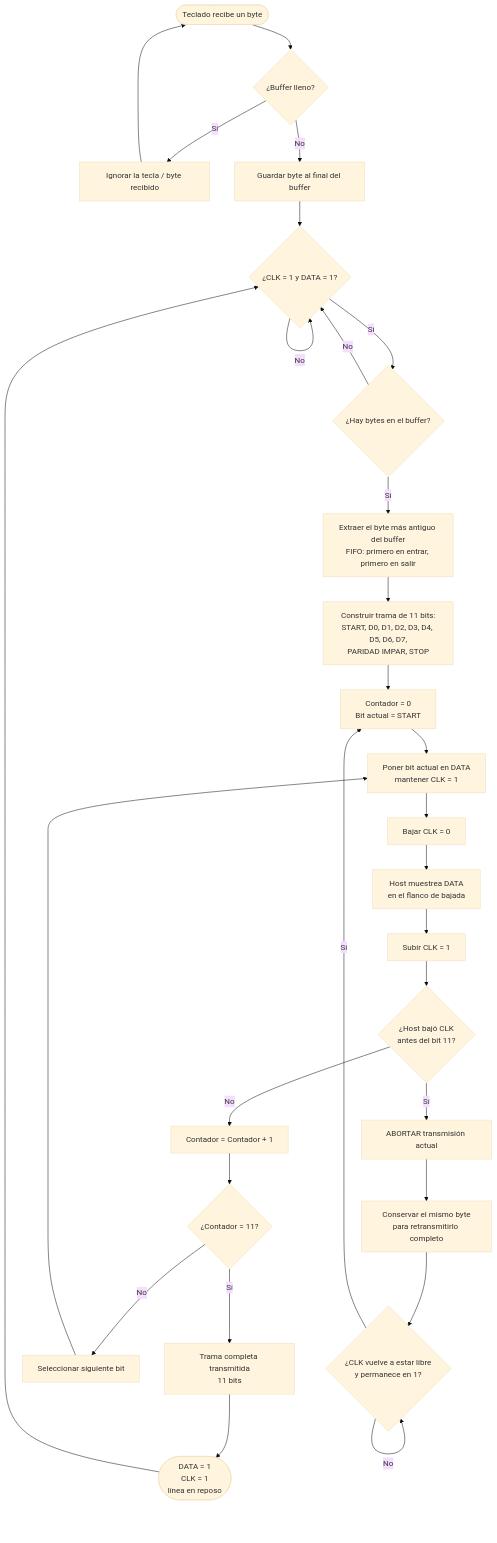
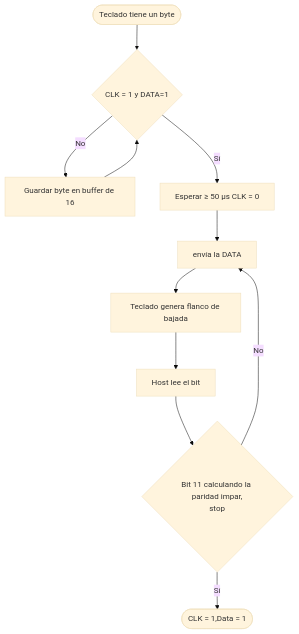
The first of 2 diagrams in diagramas/Diagramas.md (KUBIX2026/PS2_keyboard), drawn with Mermaid (base theme) before and after one commit.

````diff
--- a/diagramas/Diagramas.md
+++ b/diagramas/Diagramas.md
@@ -3,31 +3,13 @@
 ```mermaid
 flowchart
-    A([Teclado recibe un byte]) --> B{¿Buffer lleno?}
-    B -- Sí --> C[Ignorar la tecla / byte recibido]
-    C --> A
-    B -- No --> D[Guardar byte al final del buffer]
-    D --> E{¿CLK = 1 y DATA = 1?}
-    E -- No --> E
-    E -- Sí --> F{¿Hay bytes en el buffer?}
-    F -- No --> E
-    F -- Sí --> G[Extraer el byte más antiguo del buffer<br/>FIFO: primero en entrar, primero en salir]
-    G --> H[Construir trama de 11 bits:<br/>START, D0, D1, D2, D3, D4, D5, D6, D7,<br/>PARIDAD IMPAR, STOP]
-    H --> I[Contador = 0<br/>Bit actual = START]
-    I --> J[Poner bit actual en DATA<br/>mantener CLK = 1]
-    J --> K[Bajar CLK = 0]
-    K --> L[Host muestrea DATA<br/>en el flanco de bajada]
-    L --> M[Subir CLK = 1]
-    M --> N{¿Host bajó CLK<br/>antes del bit 11?}
-    N -- Sí --> O[ABORTAR transmisión actual]
-    O --> P[Conservar el mismo byte<br/>para retransmitirlo completo]
-    P --> Q{¿CLK vuelve a estar libre<br/>y permanece en 1?}
-    Q -- No --> Q
-    Q -- Sí --> I
-    N -- No --> R[Contador = Contador + 1]
-    R --> S{¿Contador = 11?}
-    S -- No --> T[Seleccionar siguiente bit]
-    T --> J
-    S -- Sí --> U[Trama completa transmitida<br/>11 bits]
-    U --> V([DATA = 1<br/>CLK = 1<br/>línea en reposo])
-    V --> E
+    A([Teclado tiene un byte]) --> B{CLK = 1 y DATA=1}
+    B -- No --> C[Guardar byte en buffer de 16]
+    C --> B
+    B -- Sí --> D[Esperar ≥ 50 µs CLK = 0]
+    D --> E[envía la DATA]
+    E --> F[Teclado genera flanco de bajada]
+    F --> G[Host lee el bit]
+    G --> H{Bit 11 calculando la paridad impar,<br/>stop}
+    H -- No --> E
+    H -- Sí --> I([CLK = 1,Data = 1])
 ```
````
